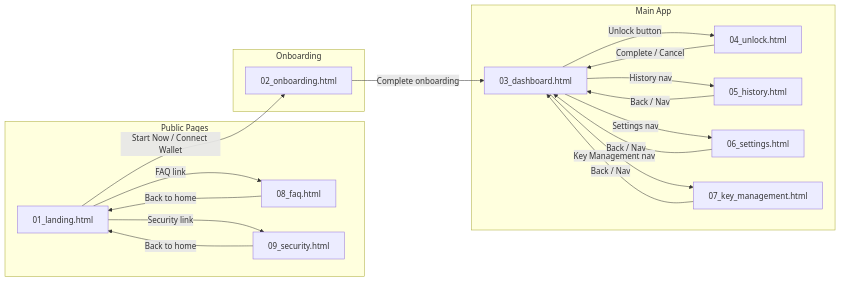
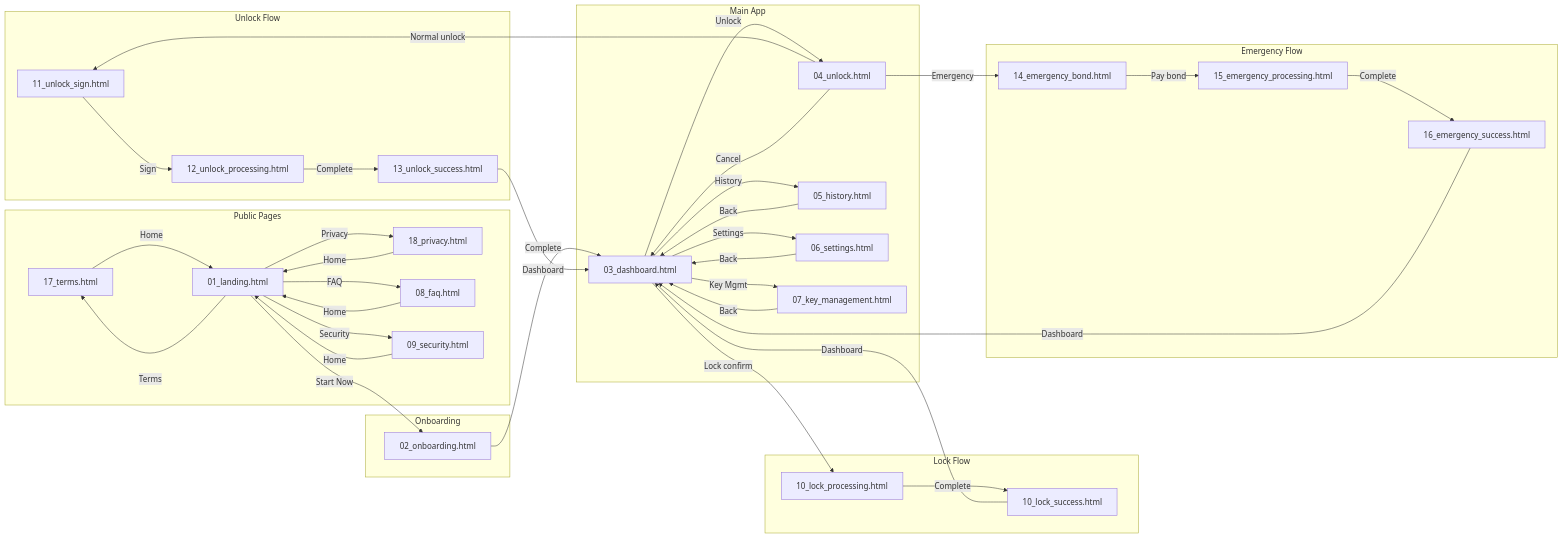
The diagram in docs_new/01_phase/04_phase4/01_design/system_01_consumer/DESIGN_MANIFEST.md (kota1026/quantum-shield), drawn with Mermaid before and after one commit. The commit also changed other lines of this file, not shown here.

Commit message:
fix: [QA-1] DESIGN_MANIFEST v1.5更新 - 10-18番ファイル追記、Screen Flow更新

````diff
--- a/docs_new/01_phase/04_phase4/01_design/system_01_consumer/DESIGN_MANIFEST.md
+++ b/docs_new/01_phase/04_phase4/01_design/system_01_consumer/DESIGN_MANIFEST.md
@@ -76,44 +89,82 @@
 ```mermaid
 flowchart LR
     subgraph Public["Public Pages"]
         01[01_landing.html]
         08[08_faq.html]
         09[09_security.html]
+        17[17_terms.html]
+        18[18_privacy.html]
     end
     
     subgraph Onboarding
         02[02_onboarding.html]
     end
     
     subgraph MainApp["Main App"]
         03[03_dashboard.html]
         04[04_unlock.html]
         05[05_history.html]
         06[06_settings.html]
         07[07_key_management.html]
     end
     
+    subgraph LockFlow["Lock Flow"]
+        10p[10_lock_processing.html]
+        10s[10_lock_success.html]
+    end
+    
+    subgraph UnlockFlow["Unlock Flow"]
+        11[11_unlock_sign.html]
+        12[12_unlock_processing.html]
+        13[13_unlock_success.html]
+    end
+    
+    subgraph EmergencyFlow["Emergency Flow"]
+        14[14_emergency_bond.html]
+        15[15_emergency_processing.html]
+        16[16_emergency_success.html]
+    end
+    
     %% Public → Onboarding
-    01 -->|"Start Now / Connect Wallet"| 02
-    01 -->|"FAQ link"| 08
-    01 -->|"Security link"| 09
+    01 -->|"Start Now"| 02
+    01 -->|"FAQ"| 08
+    01 -->|"Security"| 09
+    01 -->|"Terms"| 17
+    01 -->|"Privacy"| 18
     
     %% Onboarding → Main
-    02 -->|"Complete onboarding"| 03
+    02 -->|"Complete"| 03
     
     %% Main App internal
-    03 -->|"Unlock button"| 04
-    03 -->|"History nav"| 05
-    03 -->|"Settings nav"| 06
-    03 -->|"Key Management nav"| 07
+    03 -->|"Unlock"| 04
+    03 -->|"History"| 05
+    03 -->|"Settings"| 06
+    03 -->|"Key Mgmt"| 07
     
-    %% Return to Dashboard
-    04 -->|"Complete / Cancel"| 03
-    05 -->|"Back / Nav"| 03
-    06 -->|"Back / Nav"| 03
-    07 -->|"Back / Nav"| 03
+    %% Lock Flow
+    03 -->|"Lock confirm"| 10p
+    10p -->|"Complete"| 10s
+    10s -->|"Dashboard"| 03
     
-    %% Public cross-links
-    08 -->|"Back to home"| 01
-    09 -->|"Back to home"| 01
+    %% Unlock Flow
+    04 -->|"Normal unlock"| 11
+    11 -->|"Sign"| 12
+    12 -->|"Complete"| 13
+    13 -->|"Dashboard"| 03
+    
+    %% Emergency Flow
+    04 -->|"Emergency"| 14
+    14 -->|"Pay bond"| 15
+    15 -->|"Complete"| 16
+    16 -->|"Dashboard"| 03
+    
+    %% Return paths
+    04 -->|"Cancel"| 03
+    05 -->|"Back"| 03
+    06 -->|"Back"| 03
+    07 -->|"Back"| 03
+    08 -->|"Home"| 01
+    09 -->|"Home"| 01
+    17 -->|"Home"| 01
+    18 -->|"Home"| 01
 ```
````
